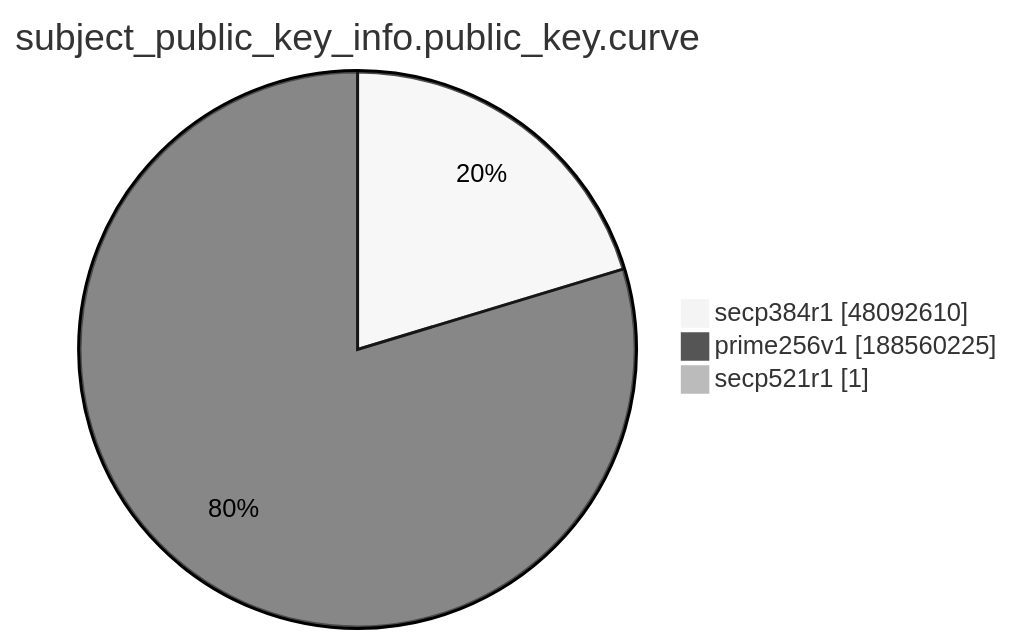
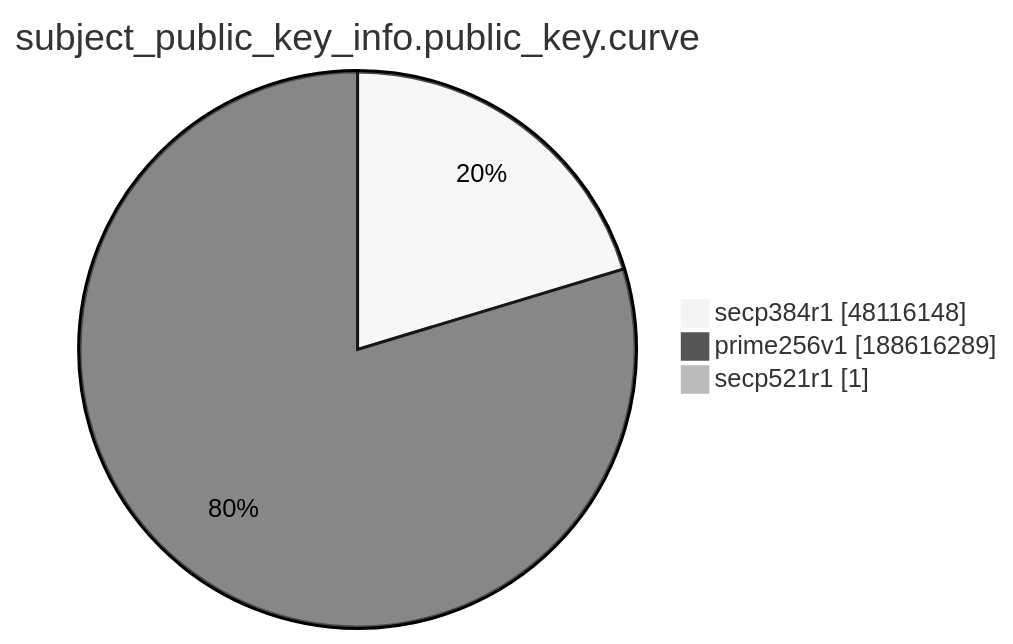
The ninth of 15 diagrams in xenon2022/README.md (christiankrug/ctmonitor_visualization), drawn with Mermaid (neutral theme) before and after one commit. The commit also changed other lines of this file, not shown here.

````diff
--- a/xenon2022/README.md
+++ b/xenon2022/README.md
@@ -2874,7 +2874,7 @@
 ```mermaid
 pie showData
 title subject_public_key_info.public_key.curve
-"secp384r1" :48092610
-"prime256v1" :188560225
+"secp384r1" :48116148
+"prime256v1" :188616289
 "secp521r1" :1
 ```
````
